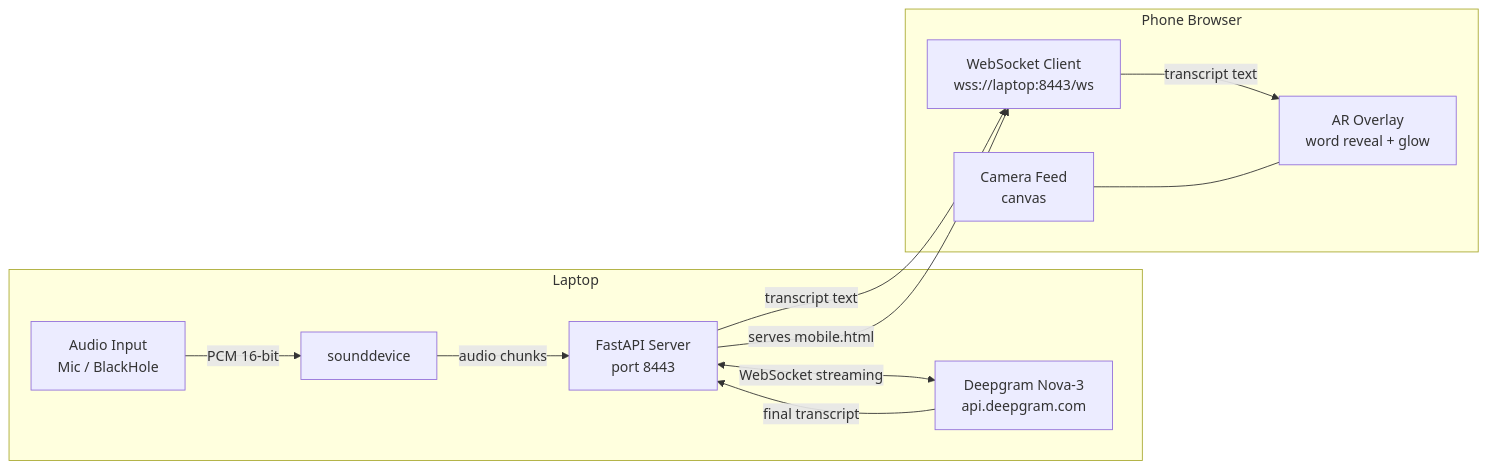
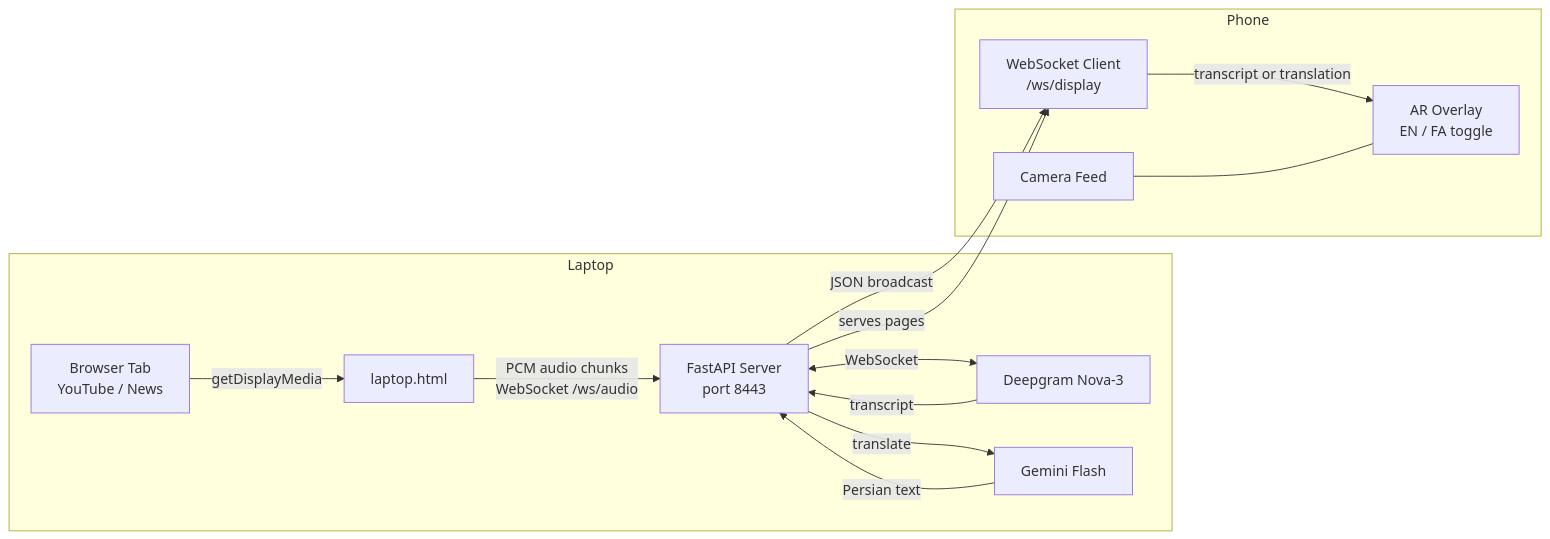
Before and after one commit to mallahyari/ar-games: the diagram in ar-transcribe/README.md, drawn with Mermaid. The commit also changed other lines of this file, not shown here.

Commit message:
docs: update ar-transcribe README for new tab audio capture architecture

````diff
--- a/ar-transcribe/README.md
+++ b/ar-transcribe/README.md
@@ -9,20 +9,22 @@
 ```mermaid
 flowchart LR
     subgraph Laptop
-        A[Audio Input\nMic / BlackHole] -->|PCM 16-bit| B[sounddevice]
-        B -->|audio chunks| C[FastAPI Server\nport 8443]
-        C <-->|WebSocket streaming| D[Deepgram Nova-3\napi.deepgram.com]
-        D -->|final transcript| C
+        A[Browser Tab\nYouTube / News] -->|getDisplayMedia| B[laptop.html]
+        B -->|PCM audio chunks\nWebSocket /ws/audio| C[FastAPI Server\nport 8443]
+        C <-->|WebSocket| D[Deepgram Nova-3]
+        D -->|transcript| C
+        C -->|translate| E[Gemini Flash]
+        E -->|Persian text| C
     end
 
-    subgraph Phone Browser
-        E[Camera Feed\ncanvas]
-        F[WebSocket Client\nwss://laptop:8443/ws]
-        G[AR Overlay\nword reveal + glow]
-        F -->|transcript text| G
-        E --- G
+    subgraph Phone
+        F[WebSocket Client\n/ws/display]
+        G[AR Overlay\nEN / FA toggle]
+        H[Camera Feed]
+        F -->|transcript or translation| G
+        H --- G
     end
 
-    C -->|transcript text| F
-    C -->|serves mobile.html| F
+    C -->|JSON broadcast| F
+    C -->|serves pages| F
 ```
````
